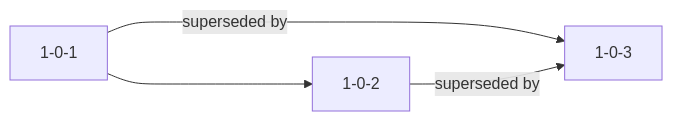
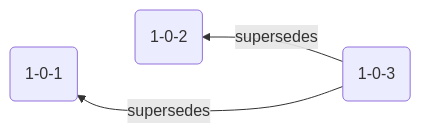
The seventh of 11 diagrams in docs/understanding-tracking-design/versioning-your-data-structures/amending/index.md (snowplow/documentation), drawn with Mermaid before and after one commit. The commit also changed other lines of this file, not shown here.

````diff
--- a/docs/understanding-tracking-design/versioning-your-data-structures/amending/index.md
+++ b/docs/understanding-tracking-design/versioning-your-data-structures/amending/index.md
@@ -268,6 +293,7 @@
 ```mermaid
-flowchart LR
-  v101["1-0-1"] ---> v102["1-0-2"]
-  v101["1-0-1"] -- "superseded by" --> v103["1-0-3"]
-  v102["1-0-2"] -- "superseded by" --> v103["1-0-3"]
+flowchart RL
+  v102("1-0-2") --- v101("1-0-1")
+  v103("1-0-3") -->|supersedes| v101
+  v103 -->|supersedes| v102
+  linkStyle 0 stroke:none,fill:none
 ```
````
